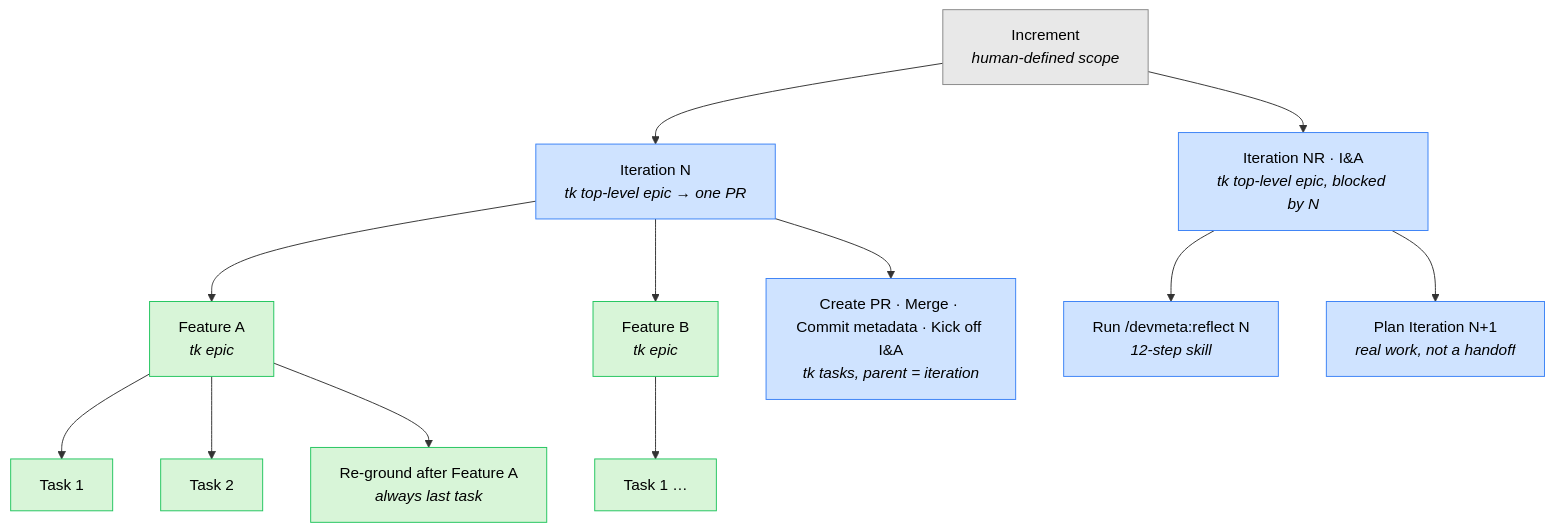
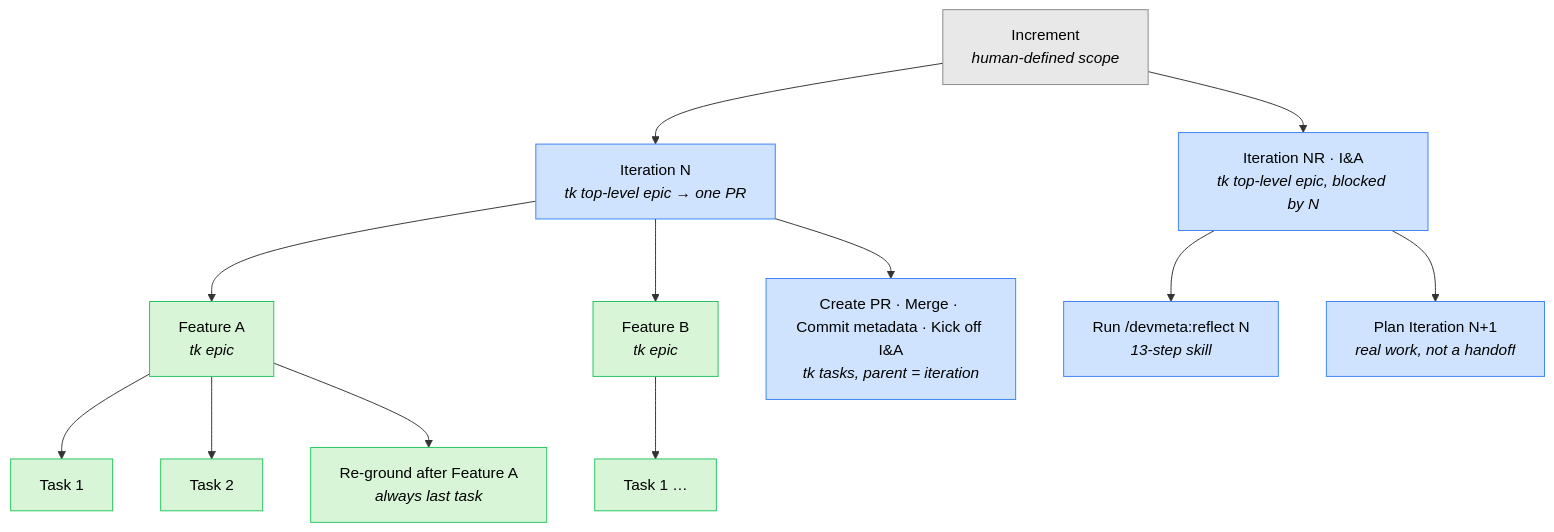
Before and after one commit to mkelk/devmeta: the first of 4 diagrams in devmeta/thoughts_on_improvement/delegation.md, drawn with Mermaid. The commit also changed other lines of this file and 6 other files, not shown here.

````diff
--- a/devmeta/thoughts_on_improvement/delegation.md
+++ b/devmeta/thoughts_on_improvement/delegation.md
@@ -23,26 +23,26 @@
 ```mermaid
 flowchart TD
     INC["Increment<br/><i>human-defined scope</i>"]
     INC --> IT["Iteration N<br/><i>tk top-level epic → one PR</i>"]
     INC --> IAR["Iteration NR · I&amp;A<br/><i>tk top-level epic, blocked by N</i>"]
 
     IT --> FA["Feature A<br/><i>tk epic</i>"]
     IT --> FB["Feature B<br/><i>tk epic</i>"]
     IT --> CT["Create PR · Merge · Commit metadata · Kick off I&amp;A<br/><i>tk tasks, parent = iteration</i>"]
 
     FA --> TA1["Task 1"]
     FA --> TA2["Task 2"]
     FA --> TAR["Re-ground after Feature A<br/><i>always last task</i>"]
     FB --> TB1["Task 1 …"]
 
-    IAR --> R1["Run /devmeta:reflect N<br/><i>12-step skill</i>"]
+    IAR --> R1["Run /devmeta:reflect N<br/><i>13-step skill</i>"]
     IAR --> R2["Plan Iteration N+1<br/><i>real work, not a handoff</i>"]
 
     classDef human fill:#e8e8e8,stroke:#888,color:#000;
     classDef coord fill:#cfe3ff,stroke:#3b82f6,color:#000;
     classDef worker fill:#d8f5d8,stroke:#22c55e,color:#000;
 
     class INC human;
     class IT,IAR,CT,R1,R2 coord;
     class FA,FB,TA1,TA2,TAR,TB1 worker;
 ```
````
